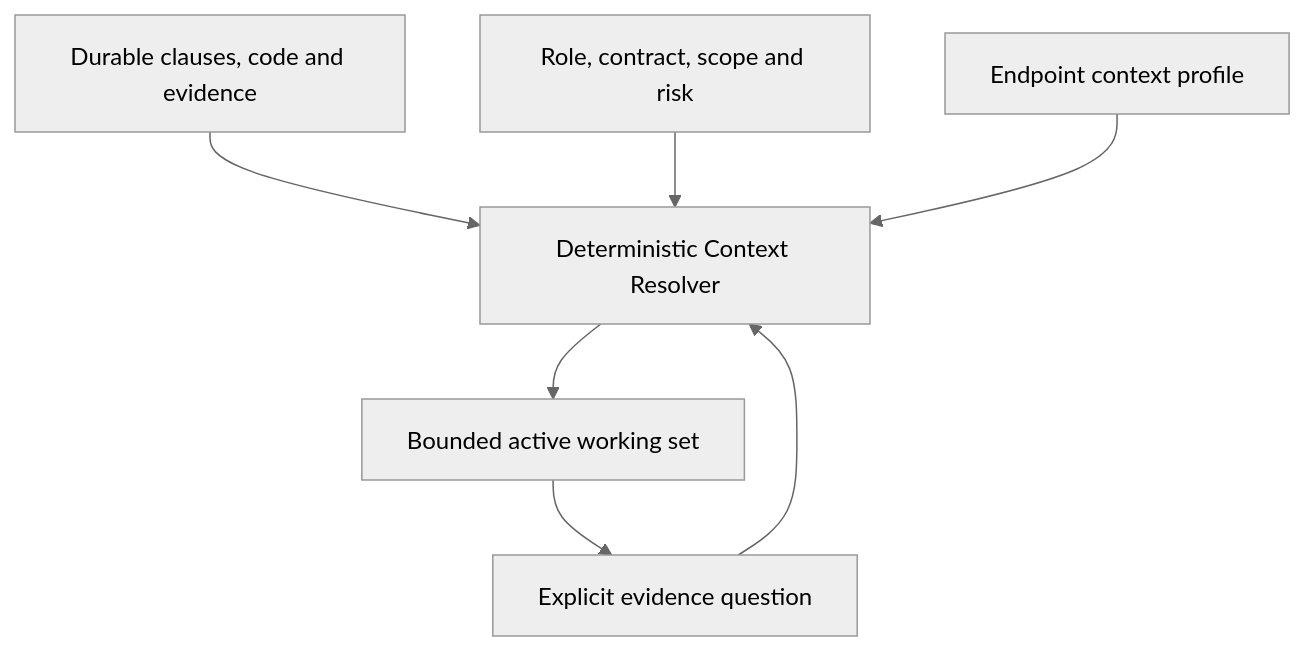
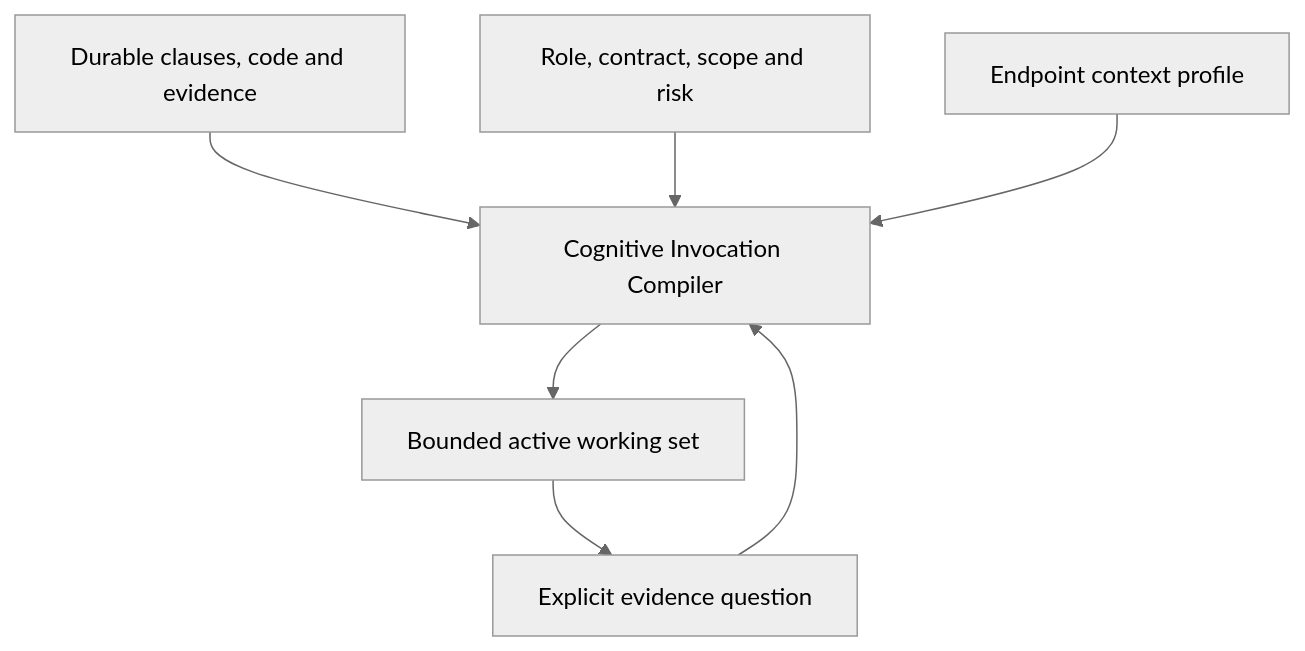
Before and after one commit to olostan/DevCadence: the first of 2 diagrams in docs/adr/0019-non-conversational-cognition-and-adaptive-review.md, drawn with Mermaid (neutral theme). The commit also changed other lines of this file and 14 other files, not shown here.

Commit message:
docs: cognitive invocation compiler and durable review ledger

````diff
--- a/docs/adr/0019-non-conversational-cognition-and-adaptive-review.md
+++ b/docs/adr/0019-non-conversational-cognition-and-adaptive-review.md
@@ -85,15 +85,15 @@
 ```mermaid
 flowchart TD
     Corpus["Durable clauses, code and evidence"]
     Intent["Role, contract, scope and risk"]
     Profile["Endpoint context profile"]
-    Resolver["Deterministic Context Resolver"]
+    Resolver["Cognitive Invocation Compiler"]
     Pack["Bounded active working set"]
     Question["Explicit evidence question"]
     Corpus --> Resolver
     Intent --> Resolver
     Profile --> Resolver
     Resolver --> Pack
     Pack --> Question
     Question --> Resolver
 ```
````
